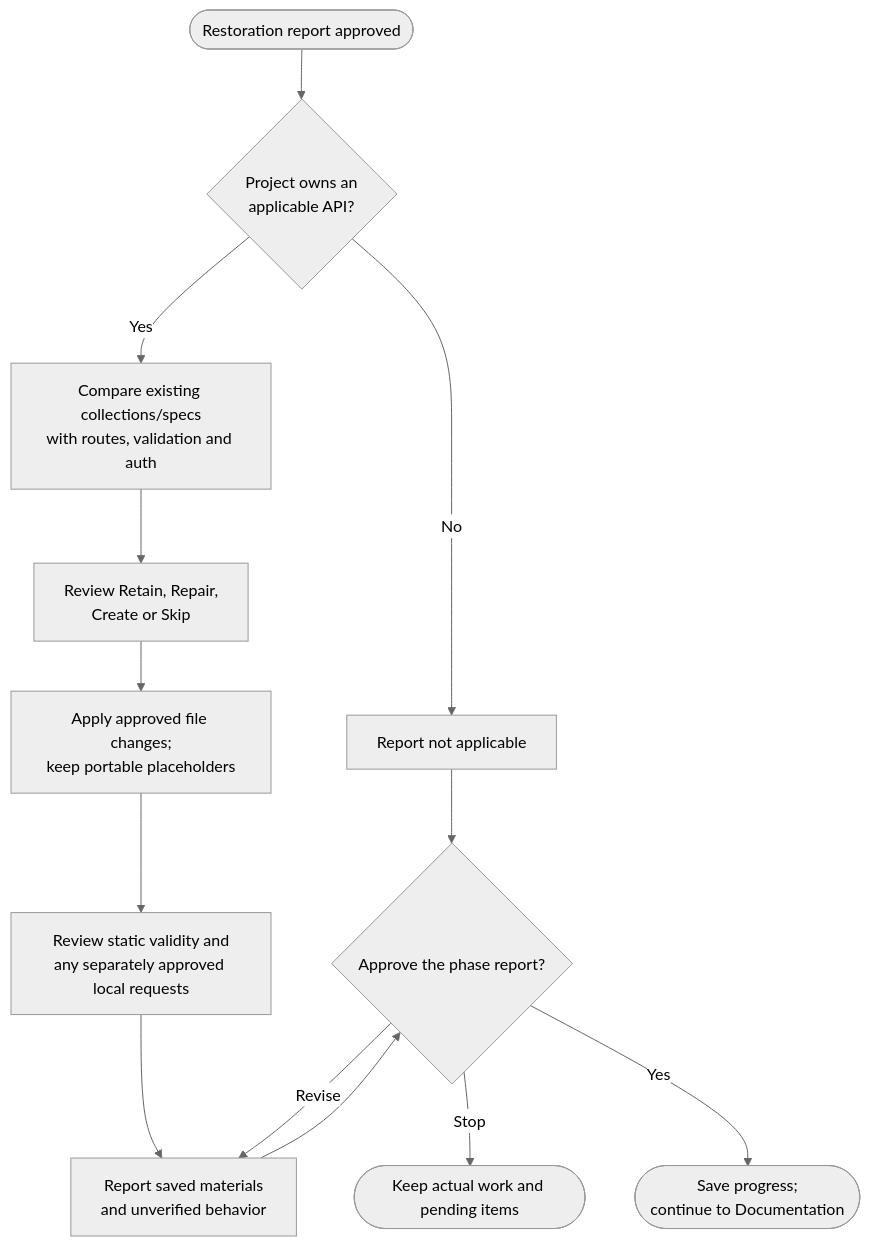
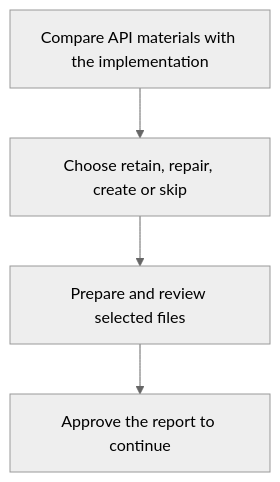
The diagram in docs/commands/archive/3-postman.md (myowinthein/agent-helm), drawn with Mermaid (neutral theme) before and after one commit. The commit also changed other lines of this file and 20 other files, not shown here.

````diff
--- a/docs/commands/archive/3-postman.md
+++ b/docs/commands/archive/3-postman.md
@@ -15,15 +15,6 @@
 ```mermaid
 flowchart TD
-  Start(["Restoration report approved"]) --> API{"Project owns an<br/>applicable API?"}
-  API -->|No| NA["Report not applicable"]
-  API -->|Yes| Inspect["Compare existing collections/specs<br/>with routes, validation and auth"]
-  Inspect --> Plan["Review Retain, Repair,<br/>Create or Skip"]
-  Plan --> Prepare["Apply approved file changes;<br/>keep portable placeholders"]
-  Prepare --> Verify["Review static validity and<br/>any separately approved local requests"]
-  Verify --> Report["Report saved materials<br/>and unverified behavior"]
-  NA --> Approval{"Approve the phase report?"}
-  Report --> Approval
-  Approval -->|Revise| Report
-  Approval -->|Stop| End(["Keep actual work and pending items"])
-  Approval -->|Yes| Next(["Save progress;<br/>continue to Documentation"])
+  Inspect["Compare API materials with the implementation"] --> Choose["Choose retain, repair, create or skip"]
+  Choose --> Prepare["Prepare and review selected files"]
+  Prepare --> Next["Approve the report to continue"]
 ```
````
